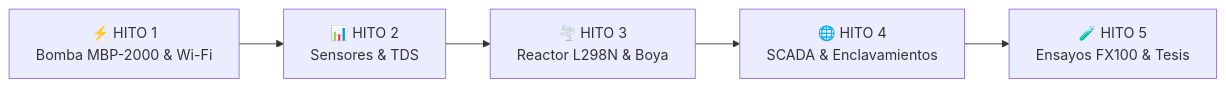
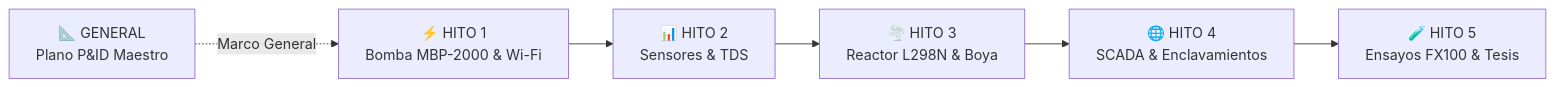
One commit to enzoocorte/Planta-Ultrafiltracion changed the diagram in README.md. Above: the diagram before and after it, drawn with Mermaid. The commit also changed other lines of this file and 4 other files, not shown here.

Commit message:
Arquitectura General: Creacion de 00_General_y_P_ID_Planta con plano maestro ISA 5.1, evaluacion de ingenieria y simulador interactivo

````diff
--- a/README.md
+++ b/README.md
@@ -34,7 +35,8 @@
 ```mermaid
 flowchart LR
+    P_ID["📐 GENERAL<br>Plano P&ID Maestro"] -. Marco General .-> H1
     H1["⚡ HITO 1<br>Bomba MBP-2000 & Wi-Fi"] --> H2["📊 HITO 2<br>Sensores & TDS"]
     H2 --> H3["🌪️ HITO 3<br>Reactor L298N & Boya"]
     H3 --> H4["🌐 HITO 4<br>SCADA & Enclavamientos"]
     H4 --> H5["🧪 HITO 5<br>Ensayos FX100 & Tesis"]
 ```
````
